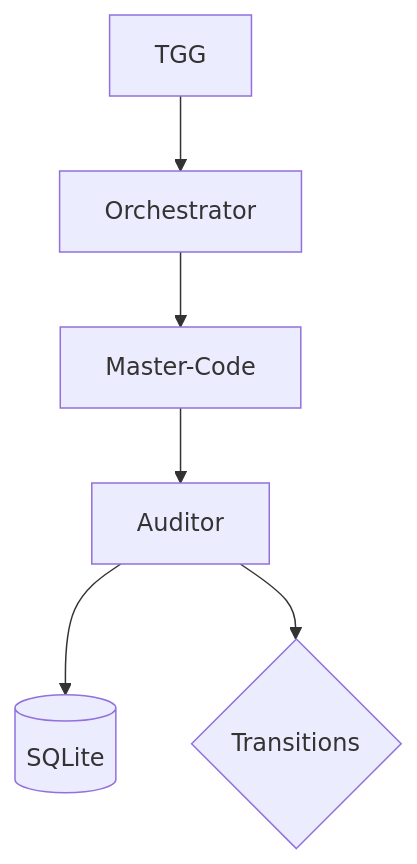
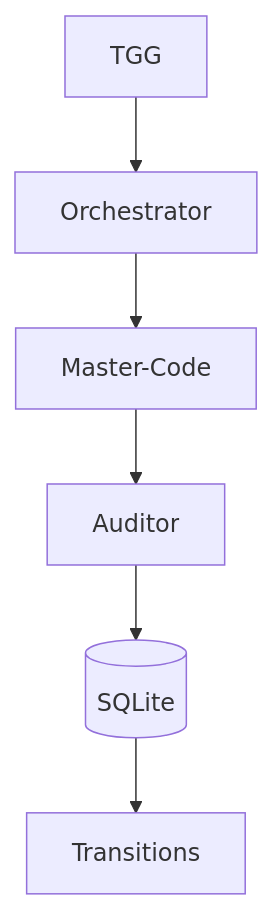
The diagram in 28-Loop-Engineering/README.md (lordmahonheim-bot/Tesla-Antigravity-CLI), drawn with Mermaid before and after one commit. The commit also changed other lines of this file and 15 other files, not shown here.

First line of the commit message:
docs(mvp-28): final integration README, architecture diagrams, test scenarios

````diff
--- a/28-Loop-Engineering/README.md
+++ b/28-Loop-Engineering/README.md
@@ -6,8 +6,8 @@
 ```mermaid
 graph TD
     TGG[TGG] --> Orch[Orchestrator]
     Orch --> MC[Master-Code]
-    MC --> Auditor[Auditor]
-    Auditor --> SQL[(SQLite)]
-    Auditor --> Trans{Transitions}
+    MC --> Aud[Auditor]
+    Aud --> DB[(SQLite)]
+    DB --> Trans[Transitions]
 ```
````
